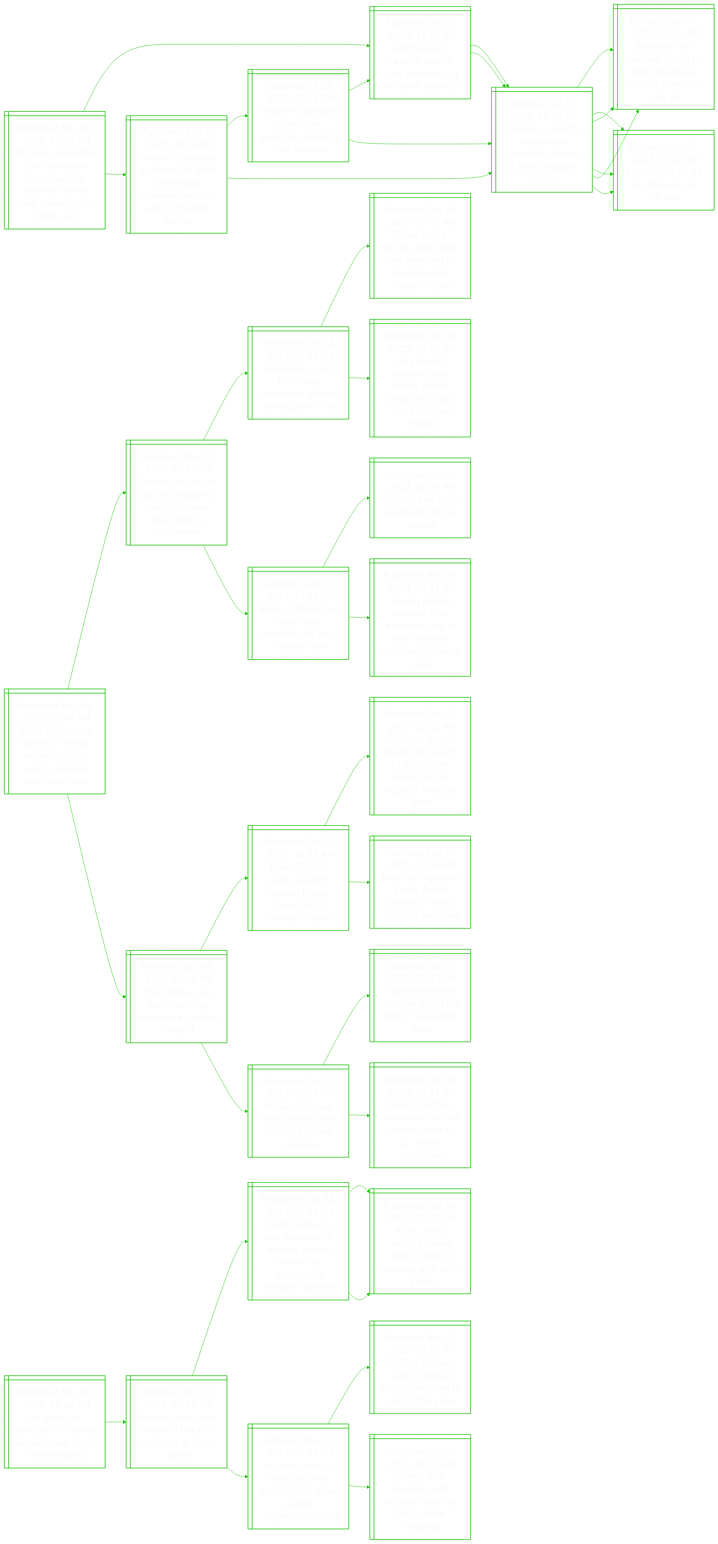
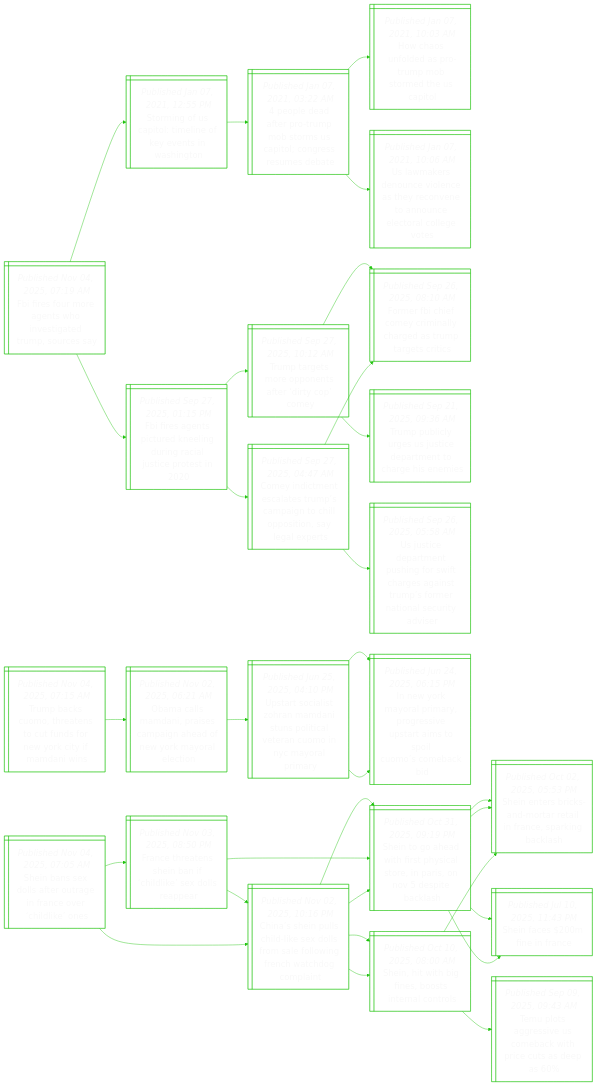
The diagram in README.md (notJmes/notJmes), drawn with Mermaid before and after one commit. The commit also changed other lines of this file, not shown here.

````diff
--- a/README.md
+++ b/README.md
@@ -16,121 +16,103 @@
 flowchart LR
 classDef txtsize font-size:20px;
 
-UnmdasuumnoCsds@{ shape: win-pane, label: "_Published Nov 04, 2025, 03:27 AM_
-Ukraine committed to eu accession but should do more on rule of law, commission draft says" }
-Lknitutytfn@{ shape: win-pane, label: "_Published Jul 22, 2025, 11:23 PM_
-Lawmakers in ukraine vote to curb autonomy of anti-graft agencies" }
-Undwpshroiunc@{ shape: win-pane, label: "_Published Jul 22, 2025, 04:58 AM_
-Ukraine conducts widespread searches, arrests of anti-corruption officials" }
-Zsyautdeaneu@{ shape: win-pane, label: "_Published Jul 22, 2025, 03:02 AM_
-Zelensky says ukraine, russia to hold new peace talks in turkey on july 23" }
-Bildiar@{ shape: win-pane, label: "_Published Jul 21, 2025, 10:45 PM_
-Britain calls for 50-day drive to arm ukraine" }
-Undwpshroiunc@{ shape: win-pane, label: "_Published Jul 22, 2025, 04:58 AM_
-Ukraine conducts widespread searches, arrests of anti-corruption officials" }
-Zsyautdeaneu@{ shape: win-pane, label: "_Published Jul 22, 2025, 03:02 AM_
-Zelensky says ukraine, russia to hold new peace talks in turkey on july 23" }
-Bildiar@{ shape: win-pane, label: "_Published Jul 21, 2025, 10:45 PM_
-Britain calls for 50-day drive to arm ukraine" }
-Unlyoiaeiddoiune@{ shape: win-pane, label: "_Published Jul 24, 2025, 09:39 PM_
-Ukraine’s zelensky approves bill draft ‘preserving independence’ of anti-corruption bodies" }
-Unbiuncpnee@{ shape: win-pane, label: "_Published Jul 23, 2025, 08:23 AM_
-Ukraine curbs anti-corruption agencies, sparking rare protests" }
-Lknitutytfn@{ shape: win-pane, label: "_Published Jul 22, 2025, 11:23 PM_
-Lawmakers in ukraine vote to curb autonomy of anti-graft agencies" }
-Undwpshroiunc@{ shape: win-pane, label: "_Published Jul 22, 2025, 04:58 AM_
-Ukraine conducts widespread searches, arrests of anti-corruption officials" }
-Undwpshroiunc@{ shape: win-pane, label: "_Published Jul 22, 2025, 04:58 AM_
-Ukraine conducts widespread searches, arrests of anti-corruption officials" }
-Zsyautdeaneu@{ shape: win-pane, label: "_Published Jul 22, 2025, 03:02 AM_
-Zelensky says ukraine, russia to hold new peace talks in turkey on july 23" }
-Bildiar@{ shape: win-pane, label: "_Published Jul 21, 2025, 10:45 PM_
-Britain calls for 50-day drive to arm ukraine" }
+Fruetitemra@{ shape: win-pane, label: "_Published Nov 04, 2025, 07:19 AM_
+Fbi fires four more agents who investigated trump, sources say" }
+SiUiinenWn@{ shape: win-pane, label: "_Published Jan 07, 2021, 12:55 PM_
+Storming of us capitol: timeline of key events in washington" }
+peapubmalrest@{ shape: win-pane, label: "_Published Jan 07, 2021, 03:22 AM_
+4 people dead after pro-trump mob storms us capitol; congress resumes debate" }
+HafdoptdSt@{ shape: win-pane, label: "_Published Jan 07, 2021, 10:03 AM_
+How chaos unfolded as pro-trump mob stormed the us capitol" }
+Umsuichcnncclet@{ shape: win-pane, label: "_Published Jan 07, 2021, 10:06 AM_
+Us lawmakers denounce violence as they reconvene to announce electoral college votes" }
+Freieedgatrt@{ shape: win-pane, label: "_Published Sep 27, 2025, 01:15 PM_
+Fbi fires agents pictured kneeling during racial justice protest in 2020" }
+Tttenadcm@{ shape: win-pane, label: "_Published Sep 27, 2025, 10:12 AM_
+Trump targets more opponents after ‘dirty cop’ comey" }
+Frhorahdurcc@{ shape: win-pane, label: "_Published Sep 26, 2025, 08:10 AM_
+Former fbi chief comey criminally charged as trump targets critics" }
+TpcgJcanhhe@{ shape: win-pane, label: "_Published Sep 21, 2025, 09:36 AM_
+Trump publicly urges us justice department to charge his enemies" }
+Citearcicoisgp@{ shape: win-pane, label: "_Published Sep 27, 2025, 04:47 AM_
+Comey indictment escalates trump’s campaign to chill opposition, say legal experts" }
+Frhorahdurcc@{ shape: win-pane, label: "_Published Sep 26, 2025, 08:10 AM_
+Former fbi chief comey criminally charged as trump targets critics" }
+Utemugwhsnuonncys@{ shape: win-pane, label: "_Published Sep 26, 2025, 05:58 AM_
+Us justice department pushing for swift charges against trump’s former national security adviser" }
 
-UnmdasuumnoCsds:::txtsize --> Lknitutytfn:::txtsize
-Lknitutytfn:::txtsize --> Undwpshroiunc:::txtsize
-Undwpshroiunc:::txtsize --> Zsyautdeaneu:::txtsize
-Undwpshroiunc:::txtsize --> Bildiar:::txtsize
-Lknitutytfn:::txtsize --> Undwpshroiunc:::txtsize
-Undwpshroiunc:::txtsize --> Zsyautdeaneu:::txtsize
-Undwpshroiunc:::txtsize --> Bildiar:::txtsize
-UnmdasuumnoCsds:::txtsize --> Unlyoiaeiddoiune:::txtsize
-Unlyoiaeiddoiune:::txtsize --> Unbiuncpnee:::txtsize
-Unbiuncpnee:::txtsize --> Lknitutytfn:::txtsize
-Unbiuncpnee:::txtsize --> Undwpshroiunc:::txtsize
-Unlyoiaeiddoiune:::txtsize --> Undwpshroiunc:::txtsize
-Undwpshroiunc:::txtsize --> Zsyautdeaneu:::txtsize
-Undwpshroiunc:::txtsize --> Bildiar:::txtsize
+Fruetitemra:::txtsize --> SiUiinenWn:::txtsize
+SiUiinenWn:::txtsize --> peapubmalrest:::txtsize
+peapubmalrest:::txtsize --> HafdoptdSt:::txtsize
+peapubmalrest:::txtsize --> Umsuichcnncclet:::txtsize
+Fruetitemra:::txtsize --> Freieedgatrt:::txtsize
+Freieedgatrt:::txtsize --> Tttenadcm:::txtsize
+Tttenadcm:::txtsize --> Frhorahdurcc:::txtsize
+Tttenadcm:::txtsize --> TpcgJcanhhe:::txtsize
+Freieedgatrt:::txtsize --> Citearcicoisgp:::txtsize
+Citearcicoisgp:::txtsize --> Frhorahdurcc:::txtsize
+Citearcicoisgp:::txtsize --> Utemugwhsnuonncys:::txtsize
 
-Rigslewrpdleit@{ shape: win-pane, label: "_Published Nov 04, 2025, 02:48 AM_
-Rome firefighters battle to rescue worker trapped under collapsed medieval tower" }
-WruniledlrRCs@{ shape: win-pane, label: "_Published Nov 03, 2025, 08:57 PM_
-Workers injured in partial collapse of medieval tower near rome’s colosseum" }
-Esnysebridgcd@{ shape: win-pane, label: "_Published Oct 14, 2025, 04:44 PM_
-Explosion in italy kills three carabinieri officers during police raid" }
-Tpechaweelael@{ shape: win-pane, label: "_Published Sep 18, 2025, 07:35 AM_
-Three police officers shot dead, two wounded in pennsylvania; suspect killed" }
-yleapeitneteoe@{ shape: win-pane, label: "_Published Sep 08, 2025, 03:26 PM_
-16-year-old arrested after police station attack in turkey that killed two officers" }
-Baluparktjn@{ shape: win-pane, label: "_Published Dec 10, 2024, 12:12 AM_
-Blast at italian fuel depot near florence kills two, injures nine" }
-Uatesie@{ shape: win-pane, label: "_Published Oct 23, 2024, 01:36 AM_
-Uganda fuel truck explosion kills 11 people" }
-EnleaesigmVuies@{ shape: win-pane, label: "_Published Nov 19, 2024, 02:31 AM_
-Eleven people arrested after explosion, fire at gas complex, venezuela minister says" }
-FesounlsnMd@{ shape: win-pane, label: "_Published Oct 08, 2025, 02:52 PM_
-Four dead as six-storey building collapses in central madrid" }
-Hfeitebsrono@{ shape: win-pane, label: "_Published Oct 07, 2025, 10:41 AM_
-Hanoi flooded again as storm season brings more rain to vietnam’s north" }
-Tolalennnlutci@{ shape: win-pane, label: "_Published Oct 03, 2025, 12:45 PM_
-Typhoon bualoi death toll rises to 51 in vietnam, banks told to support affected firms" }
-RrpBideaitnt@{ shape: win-pane, label: "_Published Sep 30, 2025, 10:04 AM_
-Rain from typhoon bualoi floods homes in hanoi, disrupts transport" }
-Wrshndrilcp@{ shape: win-pane, label: "_Published Oct 07, 2025, 09:13 PM_
-Workers missing, three injured after madrid building collapse" }
-Ieccpalsan@{ shape: win-pane, label: "_Published Oct 07, 2025, 12:47 PM_
-Indonesia school collapse death toll hits 67 as search ends" }
-Dtrdihoseecn@{ shape: win-pane, label: "_Published Oct 06, 2025, 09:41 AM_
-Death toll from indonesian school collapse rises to 65, search continues" }
+TbCttouoYiMns@{ shape: win-pane, label: "_Published Nov 04, 2025, 07:15 AM_
+Trump backs cuomo, threatens to cut funds for new york city if mamdani wins" }
+OcMniagaekren@{ shape: win-pane, label: "_Published Nov 02, 2025, 06:21 AM_
+Obama calls mamdani, praises campaign ahead of new york mayoral election" }
+UritadtoctCimam@{ shape: win-pane, label: "_Published Jun 25, 2025, 04:10 PM_
+Upstart socialist zohran mamdani stuns political veteran cuomo in nyc mayoral primary" }
+IYalaospttimmk@{ shape: win-pane, label: "_Published Jun 24, 2025, 06:15 PM_
+In new york mayoral primary, progressive upstart aims to spoil cuomo’s comeback bid" }
+IYalaospttimmk@{ shape: win-pane, label: "_Published Jun 24, 2025, 06:15 PM_
+In new york mayoral primary, progressive upstart aims to spoil cuomo’s comeback bid" }
 
-Rigslewrpdleit:::txtsize --> WruniledlrRCs:::txtsize
-WruniledlrRCs:::txtsize --> Esnysebridgcd:::txtsize
-Esnysebridgcd:::txtsize --> Tpechaweelael:::txtsize
-Esnysebridgcd:::txtsize --> yleapeitneteoe:::txtsize
-WruniledlrRCs:::txtsize --> Baluparktjn:::txtsize
-Baluparktjn:::txtsize --> Uatesie:::txtsize
-Baluparktjn:::txtsize --> EnleaesigmVuies:::txtsize
-Rigslewrpdleit:::txtsize --> FesounlsnMd:::txtsize
-FesounlsnMd:::txtsize --> Hfeitebsrono:::txtsize
-Hfeitebsrono:::txtsize --> Tolalennnlutci:::txtsize
-Hfeitebsrono:::txtsize --> RrpBideaitnt:::txtsize
-FesounlsnMd:::txtsize --> Wrshndrilcp:::txtsize
-Wrshndrilcp:::txtsize --> Ieccpalsan:::txtsize
-Wrshndrilcp:::txtsize --> Dtrdihoseecn:::txtsize
+TbCttouoYiMns:::txtsize --> OcMniagaekren:::txtsize
+OcMniagaekren:::txtsize --> UritadtoctCimam:::txtsize
+UritadtoctCimam:::txtsize --> IYalaospttimmk:::txtsize
+UritadtoctCimam:::txtsize --> IYalaospttimmk:::txtsize
 
-Utaosvlrhar@{ shape: win-pane, label: "_Published Nov 04, 2025, 02:42 AM_
-Us wants un sanctions on seven vessels over north korea exports" }
-HtiZdlUoSK@{ shape: win-pane, label: "_Published Nov 03, 2025, 08:21 AM_
-Hegseth visits dmz ahead of talks on us troops in south korea" }
-SKUpemantfPyenm@{ shape: win-pane, label: "_Published Sep 24, 2025, 06:32 PM_
-South korea, us see progress on military control transfer as pyongyang tensions simmer" }
-AoolrtunsNK@{ shape: win-pane, label: "_Published Sep 24, 2025, 03:27 AM_
-At un, south korea’s leader vows to reduce tensions with north korea" }
-AoolrtunsNK@{ shape: win-pane, label: "_Published Sep 24, 2025, 03:27 AM_
-At un, south korea’s leader vows to reduce tensions with north korea" }
-Htsasttpengsh@{ shape: win-pane, label: "_Published Nov 01, 2025, 07:11 PM_
-Hegseth says us ready to share tools to help allies counter ‘aggressive’ china" }
-CstatelnrSCS@{ shape: win-pane, label: "_Published Nov 01, 2025, 02:01 PM_
-China’s military says it tracked philippine patrol in south china sea" }
-Tstotpottea@{ shape: win-pane, label: "_Published Oct 31, 2025, 01:51 AM_
-Trump stirs tensions with surprise order to test nuclear weapons" }
+Sbelerncrdo@{ shape: win-pane, label: "_Published Nov 04, 2025, 07:05 AM_
+Shein bans sex dolls after outrage in france over ‘childlike’ ones" }
+FeaSbclelp@{ shape: win-pane, label: "_Published Nov 03, 2025, 08:50 PM_
+France threatens shein ban if ‘childlike’ sex dolls reappear" }
+CsnsdsloeoFhhoi@{ shape: win-pane, label: "_Published Nov 02, 2025, 10:16 PM_
+China’s shein pulls child-like sex dolls from sale following french watchdog complaint" }
+SthirylerNsba@{ shape: win-pane, label: "_Published Oct 31, 2025, 09:19 PM_
+Shein to go ahead with first physical store, in paris, on nov 5 despite backlash" }
+Shtfbsrol@{ shape: win-pane, label: "_Published Oct 10, 2025, 08:00 AM_
+Shein, hit with big fines, boosts internal controls" }
+SthirylerNsba@{ shape: win-pane, label: "_Published Oct 31, 2025, 09:19 PM_
+Shein to go ahead with first physical store, in paris, on nov 5 despite backlash" }
+Seskmrirsich@{ shape: win-pane, label: "_Published Oct 02, 2025, 05:53 PM_
+Shein enters bricks-and-mortar retail in france, sparking backlash" }
+Sfmin@{ shape: win-pane, label: "_Published Jul 10, 2025, 11:43 PM_
+Shein faces $200m fine in france" }
+CsnsdsloeoFhhoi@{ shape: win-pane, label: "_Published Nov 02, 2025, 10:16 PM_
+China’s shein pulls child-like sex dolls from sale following french watchdog complaint" }
+SthirylerNsba@{ shape: win-pane, label: "_Published Oct 31, 2025, 09:19 PM_
+Shein to go ahead with first physical store, in paris, on nov 5 despite backlash" }
+Seskmrirsich@{ shape: win-pane, label: "_Published Oct 02, 2025, 05:53 PM_
+Shein enters bricks-and-mortar retail in france, sparking backlash" }
+Sfmin@{ shape: win-pane, label: "_Published Jul 10, 2025, 11:43 PM_
+Shein faces $200m fine in france" }
+Shtfbsrol@{ shape: win-pane, label: "_Published Oct 10, 2025, 08:00 AM_
+Shein, hit with big fines, boosts internal controls" }
+Seskmrirsich@{ shape: win-pane, label: "_Published Oct 02, 2025, 05:53 PM_
+Shein enters bricks-and-mortar retail in france, sparking backlash" }
+TlgsSbiite@{ shape: win-pane, label: "_Published Sep 09, 2025, 09:43 AM_
+Temu plots aggressive us comeback with price cuts as deep as 60%" }
 
-Utaosvlrhar:::txtsize --> HtiZdlUoSK:::txtsize
-HtiZdlUoSK:::txtsize --> SKUpemantfPyenm:::txtsize
-SKUpemantfPyenm:::txtsize --> AoolrtunsNK:::txtsize
-SKUpemantfPyenm:::txtsize --> AoolrtunsNK:::txtsize
-HtiZdlUoSK:::txtsize --> Htsasttpengsh:::txtsize
-Htsasttpengsh:::txtsize --> CstatelnrSCS:::txtsize
-Htsasttpengsh:::txtsize --> Tstotpottea:::txtsize
+Sbelerncrdo:::txtsize --> FeaSbclelp:::txtsize
+FeaSbclelp:::txtsize --> CsnsdsloeoFhhoi:::txtsize
+CsnsdsloeoFhhoi:::txtsize --> SthirylerNsba:::txtsize
+CsnsdsloeoFhhoi:::txtsize --> Shtfbsrol:::txtsize
+FeaSbclelp:::txtsize --> SthirylerNsba:::txtsize
+SthirylerNsba:::txtsize --> Seskmrirsich:::txtsize
+SthirylerNsba:::txtsize --> Sfmin:::txtsize
+Sbelerncrdo:::txtsize --> CsnsdsloeoFhhoi:::txtsize
+CsnsdsloeoFhhoi:::txtsize --> SthirylerNsba:::txtsize
+SthirylerNsba:::txtsize --> Seskmrirsich:::txtsize
+SthirylerNsba:::txtsize --> Sfmin:::txtsize
+CsnsdsloeoFhhoi:::txtsize --> Shtfbsrol:::txtsize
+Shtfbsrol:::txtsize --> Seskmrirsich:::txtsize
+Shtfbsrol:::txtsize --> TlgsSbiite:::txtsize
 
 ```
````
